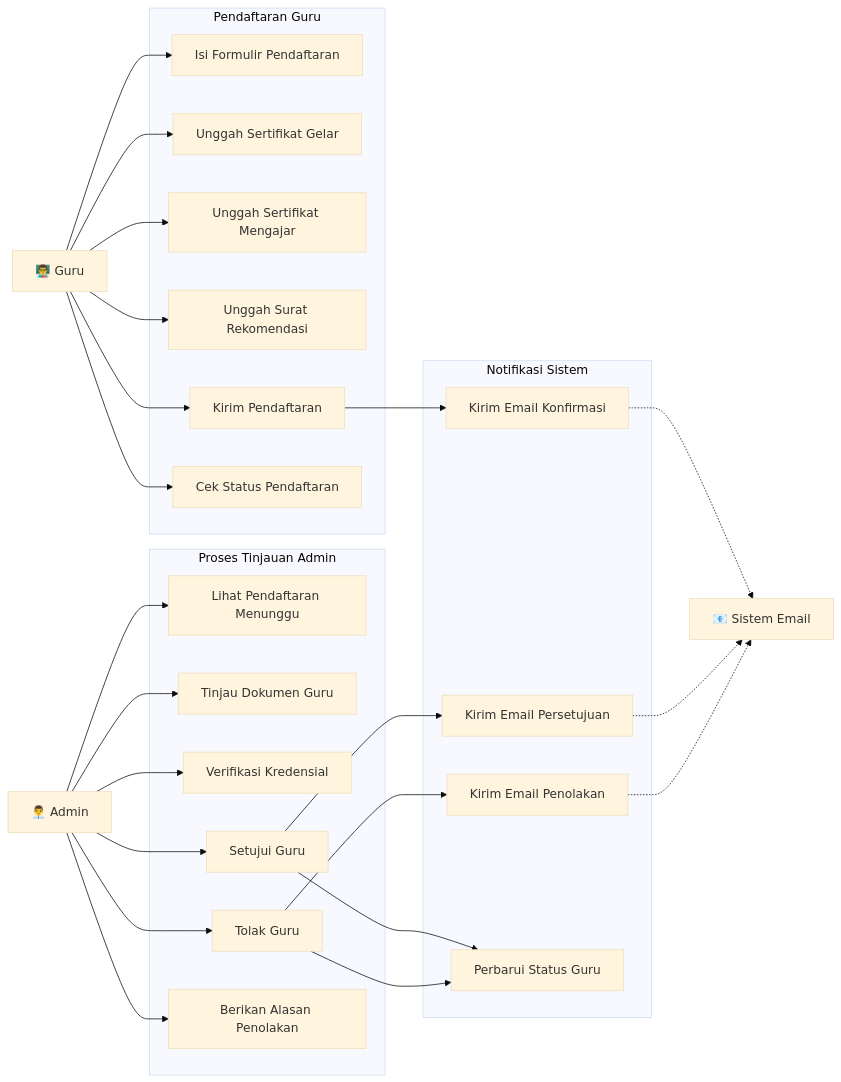
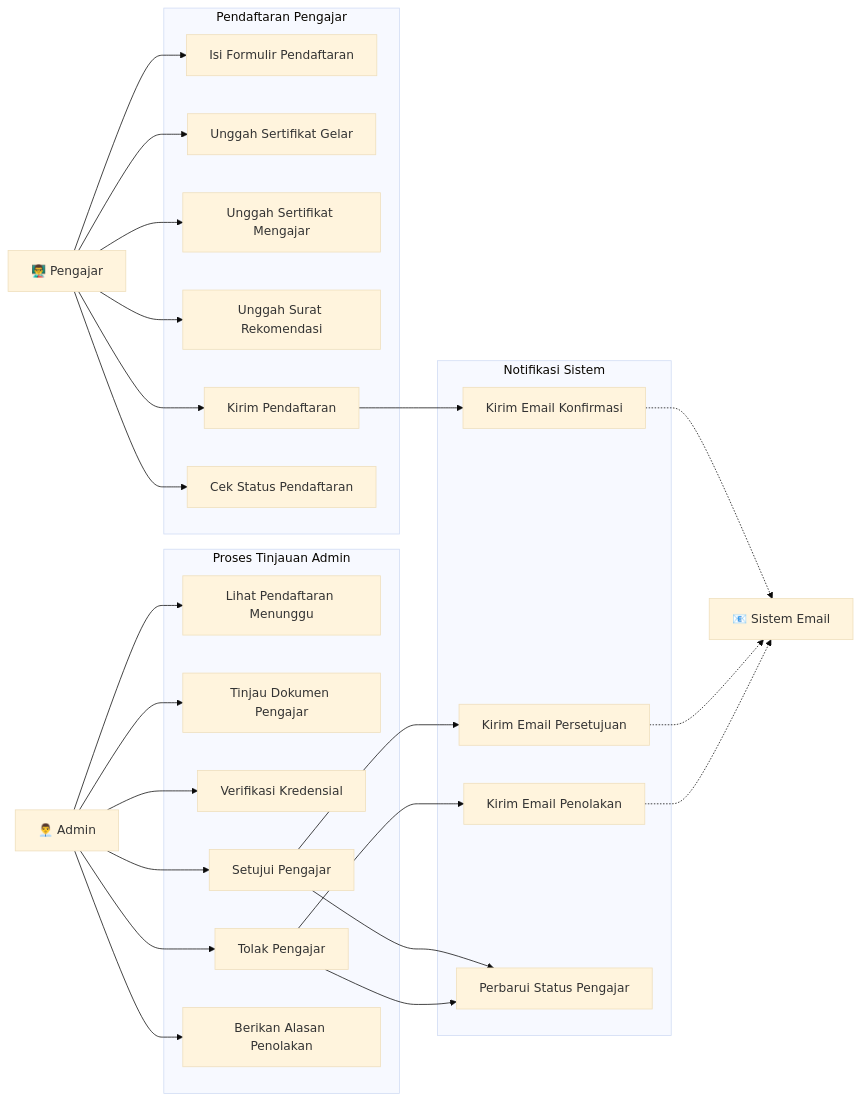
The second of 4 diagrams in use-case-diagrams.md (jonito2005/exam-expert-ai-docs), drawn with Mermaid (base theme) before and after one commit. The commit also changed other lines of this file and 4 other files, not shown here.

````diff
--- a/use-case-diagrams.md
+++ b/use-case-diagrams.md
@@ -123,60 +123,60 @@
 ```mermaid
 graph LR
     %% Aktor
-    Teacher[👨‍🏫 Guru]
+    Teacher[👨‍🏫 Pengajar]
     Admin[👨‍💼 Admin]
     EmailSys[📧 Sistem Email]
 
-    %% Proses Pendaftaran Guru
-    subgraph "Pendaftaran Guru"
+    %% Proses Pendaftaran Pengajar
+    subgraph "Pendaftaran Pengajar"
         TR1[Isi Formulir Pendaftaran]
         TR2[Unggah Sertifikat Gelar]
         TR3[Unggah Sertifikat Mengajar]
         TR4[Unggah Surat Rekomendasi]
         TR5[Kirim Pendaftaran]
         TR6[Cek Status Pendaftaran]
     end
 
     %% Proses Tinjauan Admin
     subgraph "Proses Tinjauan Admin"
         AR1[Lihat Pendaftaran Menunggu]
-        AR2[Tinjau Dokumen Guru]
+        AR2[Tinjau Dokumen Pengajar]
         AR3[Verifikasi Kredensial]
-        AR4[Setujui Guru]
-        AR5[Tolak Guru]
+        AR4[Setujui Pengajar]
+        AR5[Tolak Pengajar]
         AR6[Berikan Alasan Penolakan]
     end
 
     %% Proses Sistem
     subgraph "Notifikasi Sistem"
         SN1[Kirim Email Konfirmasi]
         SN2[Kirim Email Persetujuan]
         SN3[Kirim Email Penolakan]
-        SN4[Perbarui Status Guru]
+        SN4[Perbarui Status Pengajar]
     end
 
     %% Hubungan
     Teacher --> TR1
     Teacher --> TR2
     Teacher --> TR3
     Teacher --> TR4
     Teacher --> TR5
     Teacher --> TR6
 
     Admin --> AR1
     Admin --> AR2
     Admin --> AR3
     Admin --> AR4
     Admin --> AR5
     Admin --> AR6
 
     TR5 --> SN1
     AR4 --> SN2
     AR4 --> SN4
     AR5 --> SN3
     AR5 --> SN4
 
     SN1 -.-> EmailSys
     SN2 -.-> EmailSys
     SN3 -.-> EmailSys
 ```
````
